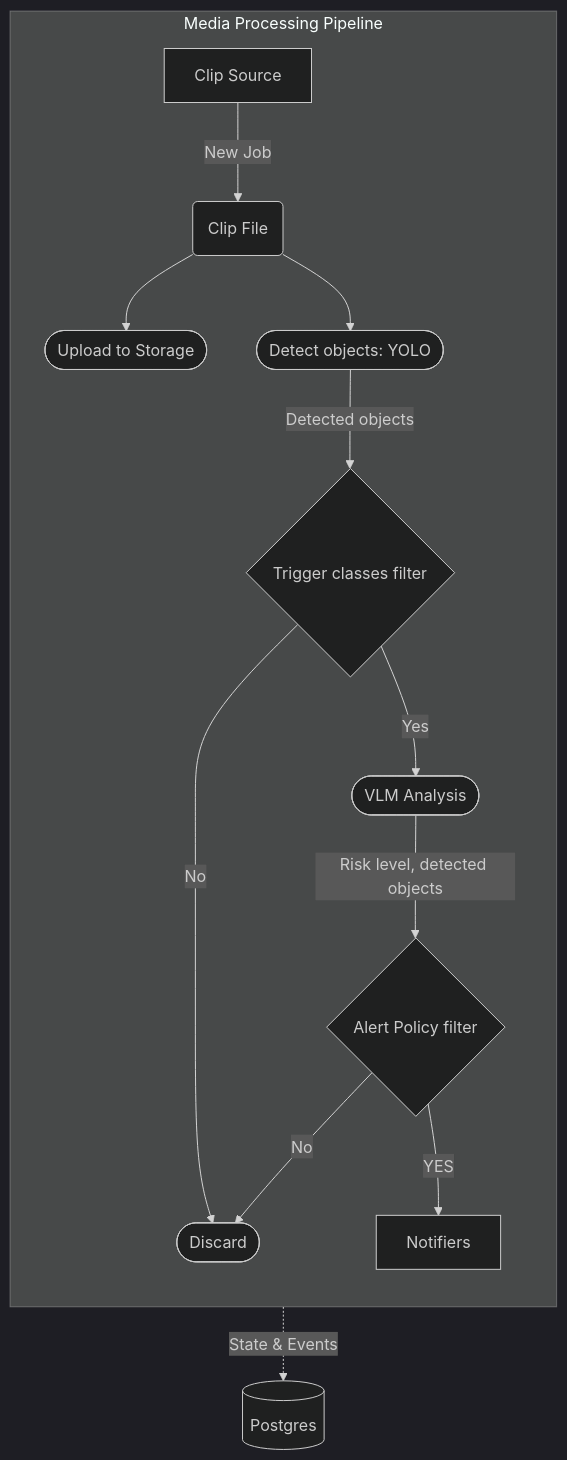
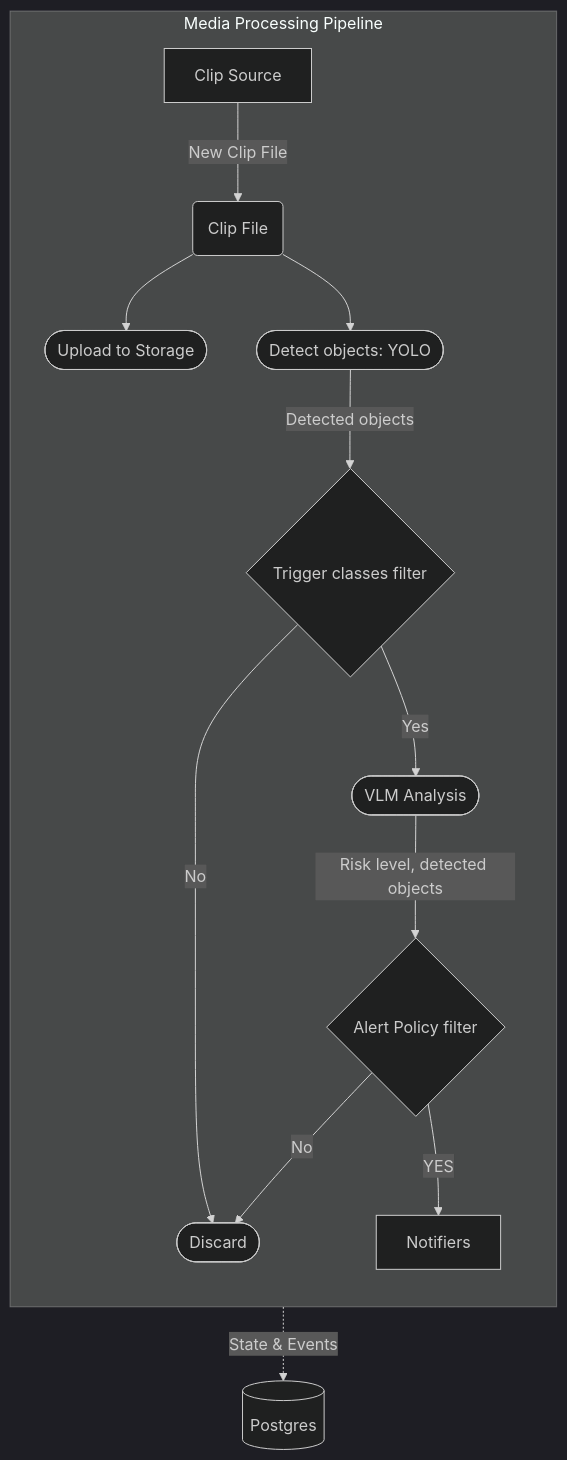
The diagram in README.md (lan17/homesec), drawn with Mermaid (dark theme) before and after one commit.

Commit message:
docs: move Clip Source inside subgraph to fix title overlap

````diff
--- a/README.md
+++ b/README.md
@@ -21,18 +21,18 @@
 ```mermaid
 graph TD
     subgraph Pipeline [Media Processing Pipeline]
         direction TB
-        S[Clip Source] -->|New Job| C(Clip File)
+        S[Clip Source] -->|New Clip File| C(Clip File)
         C --> U([Upload to Storage])
         C --> F([Detect objects: YOLO])
         F -->|Detected objects| AI{Trigger classes filter}
         AI -->|Yes| V([VLM Analysis])
         AI -->|No| D([Discard])
         V -->|Risk level, detected objects| P{Alert Policy filter}
         P -->|No| D
         P -->|YES| N[Notifiers]
     end
 
     PG[(Postgres)]
-    C -.->|State & Events| PG
+    Pipeline -.->|State & Events| PG
 ```
````
